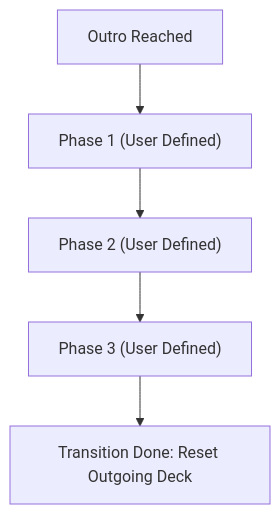
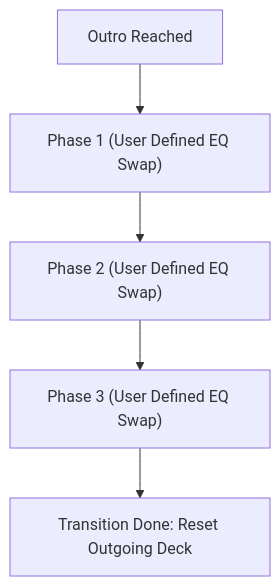
One commit to hector-horta/AuraMix changed the first of 2 diagrams in README.md. Above: the diagram before and after it, drawn with Mermaid. The commit also changed other lines of this file and 4 other files, not shown here.

````diff
--- a/README.md
+++ b/README.md
@@ -129,7 +138,7 @@
 ```mermaid
 graph TD
-    A[Outro Reached] --> B["Phase 1 (User Defined)"]
-    B --> C["Phase 2 (User Defined)"]
-    C --> D["Phase 3 (User Defined)"]
+    A[Outro Reached] --> B["Phase 1 (User Defined EQ Swap)"]
+    B --> C["Phase 2 (User Defined EQ Swap)"]
+    C --> D["Phase 3 (User Defined EQ Swap)"]
     D --> E[Transition Done: Reset Outgoing Deck]
 ```
````
